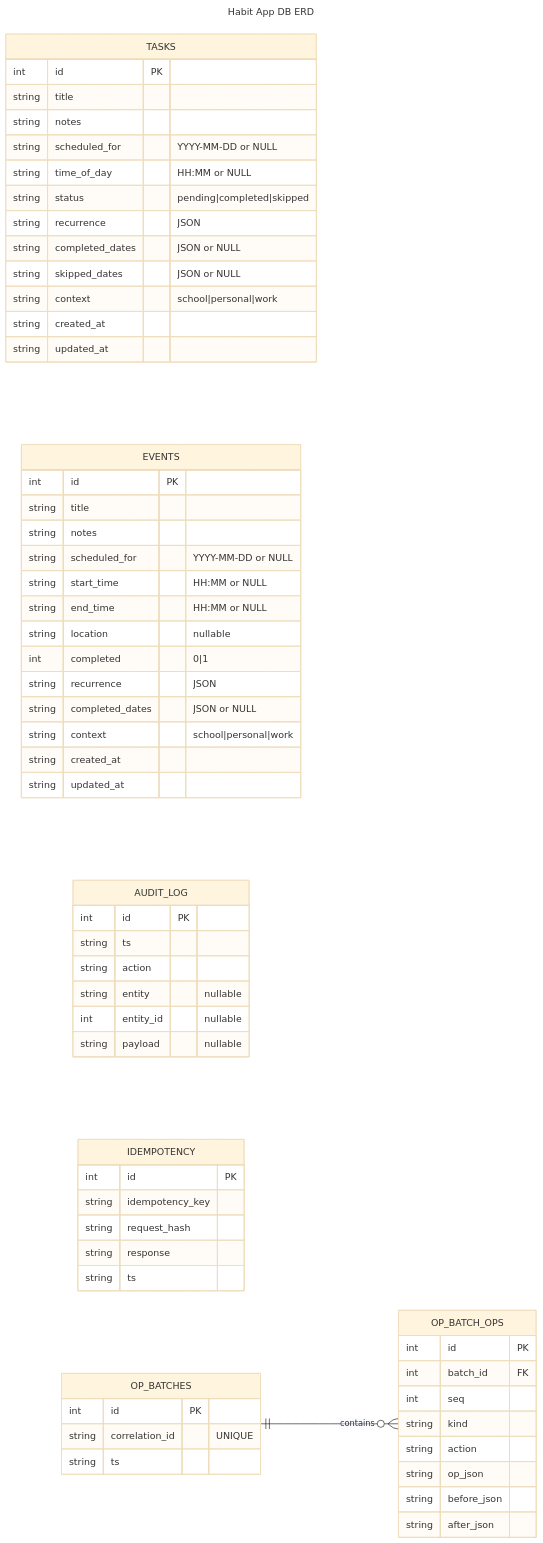
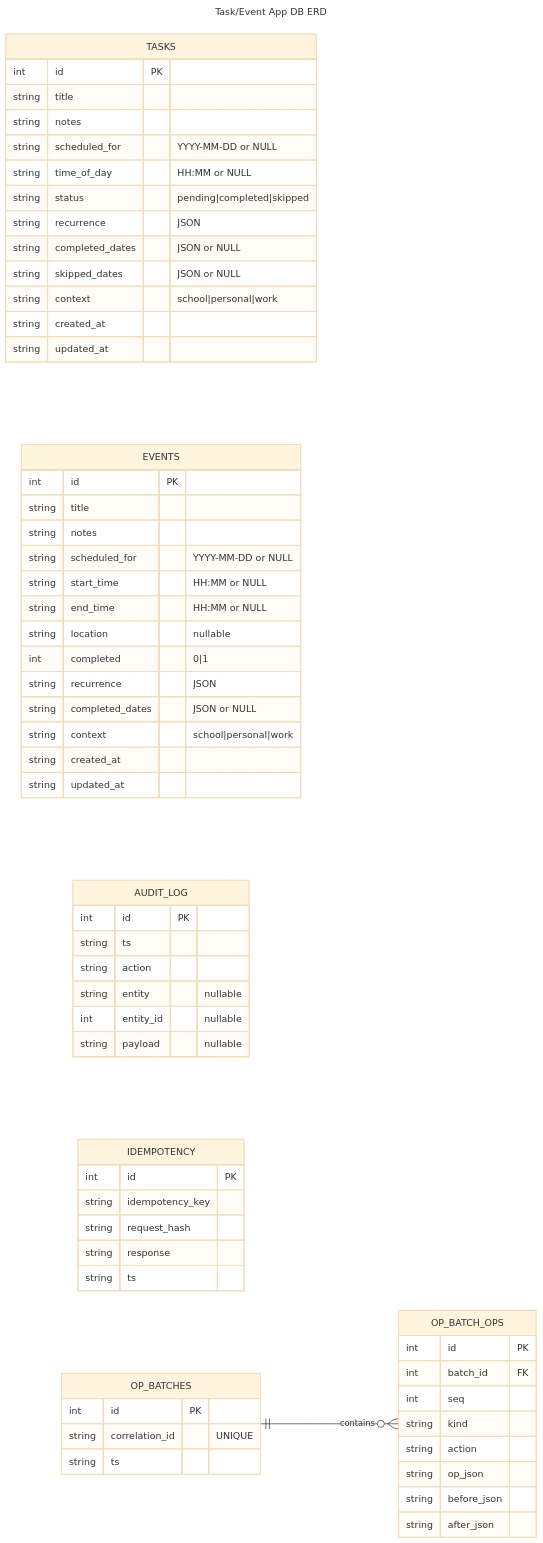
One commit to dantheman454/habit_app changed the diagram in docs/mindmap/er_diagram.md. Above: the diagram before and after it, drawn with Mermaid (base theme). The commit also changed other lines of this file and 5 other files, not shown here.

````diff
--- a/docs/mindmap/er_diagram.md
+++ b/docs/mindmap/er_diagram.md
@@ -7,74 +7,74 @@
 ```mermaid
 ---
-title: Habit App DB ERD
+title: Task/Event App DB ERD
 ---
 erDiagram
     direction LR
 
     TASKS {
         int id PK
         string title
         string notes
         string scheduled_for "YYYY-MM-DD or NULL"
         string time_of_day "HH:MM or NULL"
         string status "pending|completed|skipped"
         string recurrence "JSON"
         string completed_dates "JSON or NULL"
         string skipped_dates "JSON or NULL"
         string context "school|personal|work"
         string created_at
         string updated_at
     }
 
     EVENTS {
         int id PK
         string title
         string notes
         string scheduled_for "YYYY-MM-DD or NULL"
         string start_time "HH:MM or NULL"
         string end_time "HH:MM or NULL"
         string location "nullable"
         int completed "0|1"
         string recurrence "JSON"
         string completed_dates "JSON or NULL"
         string context "school|personal|work"
         string created_at
         string updated_at
     }
 
     AUDIT_LOG {
         int id PK
         string ts
         string action
         string entity "nullable"
         int entity_id "nullable"
         string payload "nullable"
     }
 
     IDEMPOTENCY {
         int id PK
         string idempotency_key
         string request_hash
         string response
         string ts
     }
 
     OP_BATCHES {
         int id PK
         string correlation_id "UNIQUE"
         string ts
     }
 
     OP_BATCH_OPS {
         int id PK
         int batch_id FK
         int seq
         string kind
         string action
         string op_json
         string before_json
         string after_json
     }
 
     OP_BATCHES ||--o{ OP_BATCH_OPS : contains
 ```
````
